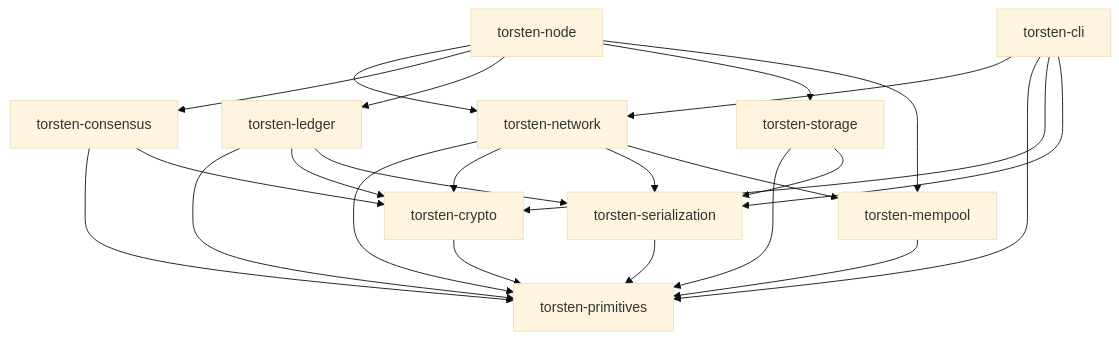
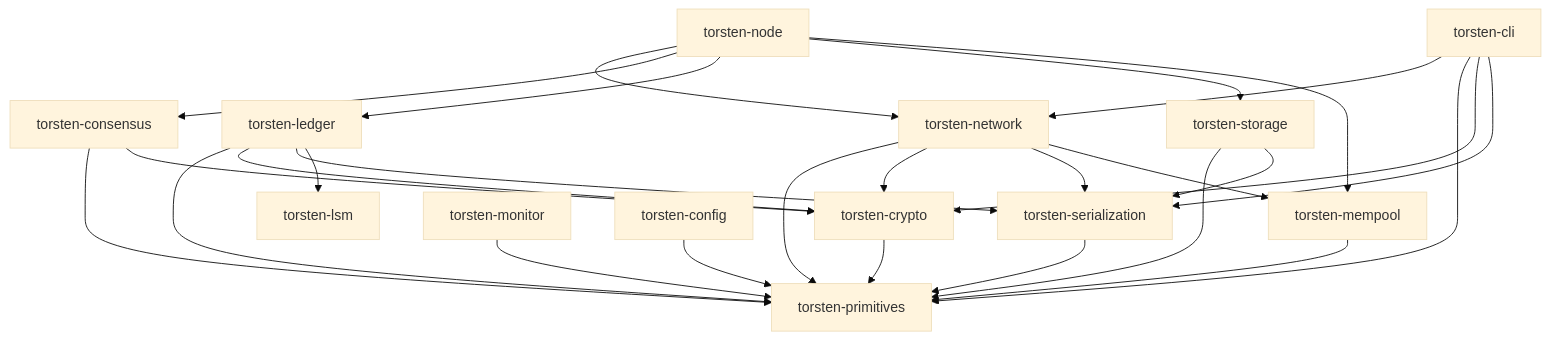
One commit to michaeljfazio/torsten changed the diagram in docs/src/architecture/overview.md. Above: the diagram before and after it, drawn with Mermaid (base theme). The commit also changed other lines of this file and 9 other files, not shown here.

````diff
--- a/docs/src/architecture/overview.md
+++ b/docs/src/architecture/overview.md
@@ -22,26 +25,29 @@
 ```mermaid
 graph TD
     NODE[torsten-node] --> NET[torsten-network]
     NODE --> CONS[torsten-consensus]
     NODE --> LEDGER[torsten-ledger]
     NODE --> STORE[torsten-storage]
     NODE --> POOL[torsten-mempool]
     CLI[torsten-cli] --> NET
     CLI --> PRIM[torsten-primitives]
     CLI --> CRYPTO[torsten-crypto]
     CLI --> SER[torsten-serialization]
+    MON[torsten-monitor] --> PRIM
+    CFG[torsten-config] --> PRIM
     NET --> PRIM
     NET --> CRYPTO
     NET --> SER
     NET --> POOL
     CONS --> PRIM
     CONS --> CRYPTO
     LEDGER --> PRIM
     LEDGER --> CRYPTO
     LEDGER --> SER
+    LEDGER --> LSM[torsten-lsm]
     STORE --> PRIM
     STORE --> SER
     POOL --> PRIM
     SER --> PRIM
     CRYPTO --> PRIM
 ```
````
